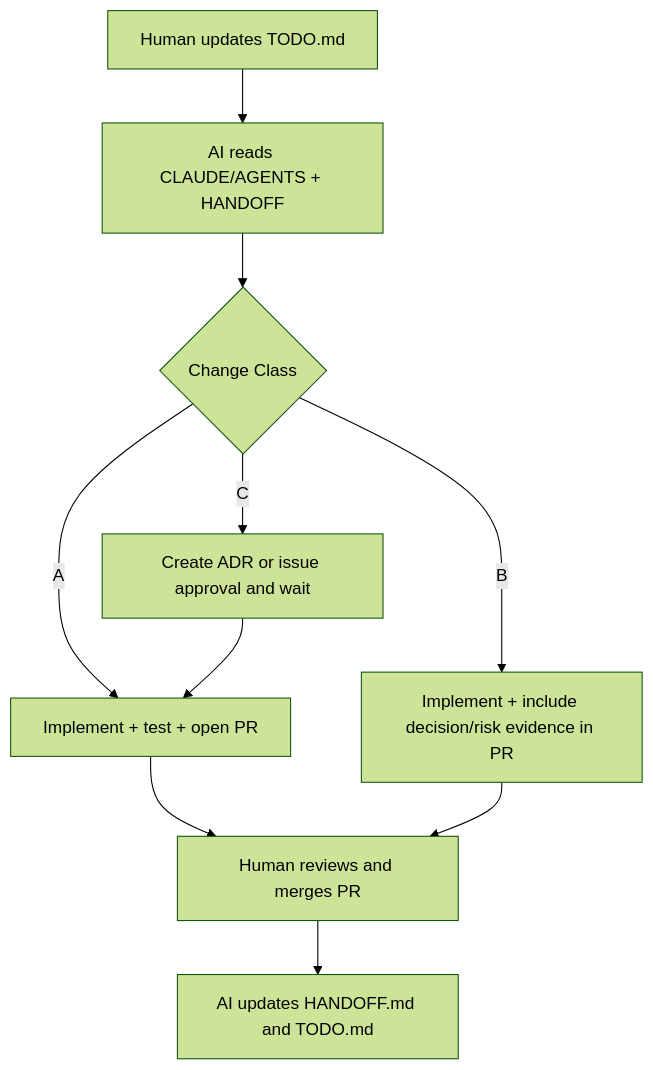
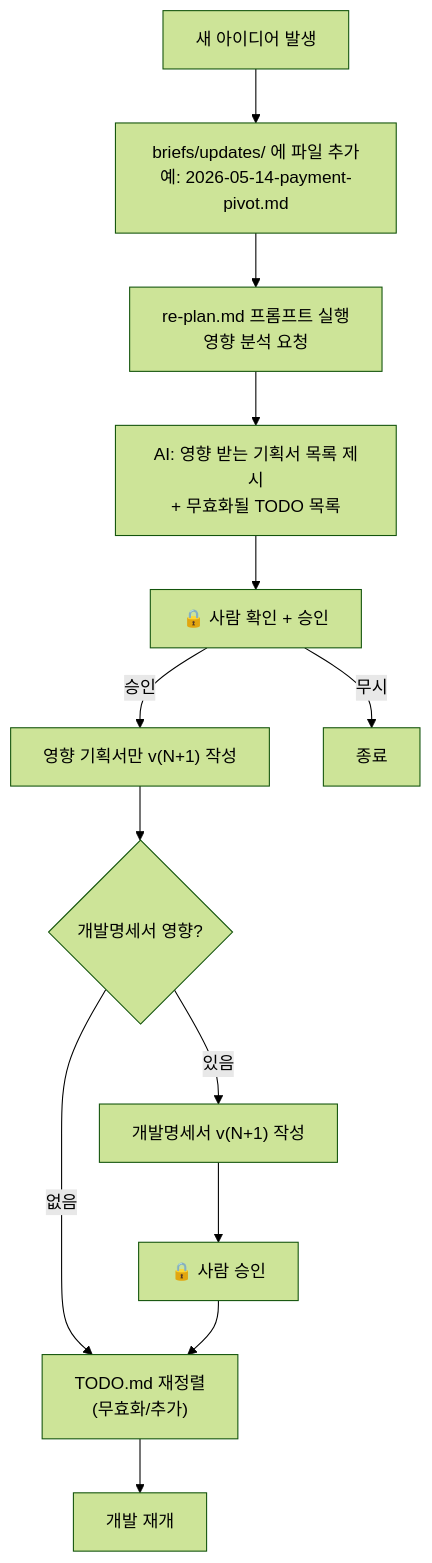
The second of 5 diagrams in DIAGRAM.md (YunJuniverse/ai-pipeline-methodology), drawn with Mermaid (forest theme) before and after one commit. The commit also changed other lines of this file and 23 other files, not shown here.

First line of the commit message:
feat: briefs-based planning flow v3 with live dashboard

````diff
--- a/DIAGRAM.md
+++ b/DIAGRAM.md
@@ -5,12 +41,16 @@
 ```mermaid
 flowchart TD
-    A["Human updates TODO.md"] --> B["AI reads CLAUDE/AGENTS + HANDOFF"]
-    B --> C{"Change Class"}
-    C -->|A| D["Implement + test + open PR"]
-    C -->|B| E["Implement + include decision/risk evidence in PR"]
-    C -->|C| F["Create ADR or issue approval and wait"]
-    F --> D
-    D --> G["Human reviews and merges PR"]
-    E --> G
-    G --> H["AI updates HANDOFF.md and TODO.md"]
+    A["새 아이디어 발생"]
+    A --> B["briefs/updates/ 에 파일 추가\n예: 2026-05-14-payment-pivot.md"]
+    B --> C["re-plan.md 프롬프트 실행\n영향 분석 요청"]
+    C --> D["AI: 영향 받는 기획서 목록 제시\n+ 무효화될 TODO 목록"]
+    D --> E["🔒 사람 확인 + 승인"]
+    E -->|승인| F["영향 기획서만 v(N+1) 작성"]
+    E -->|무시| Z["종료"]
+    F --> G{"개발명세서 영향?"}
+    G -->|있음| H["개발명세서 v(N+1) 작성"]
+    G -->|없음| I["TODO.md 재정렬\n(무효화/추가)"]
+    H --> HG["🔒 사람 승인"]
+    HG --> I
+    I --> J["개발 재개"]
 ```
````
